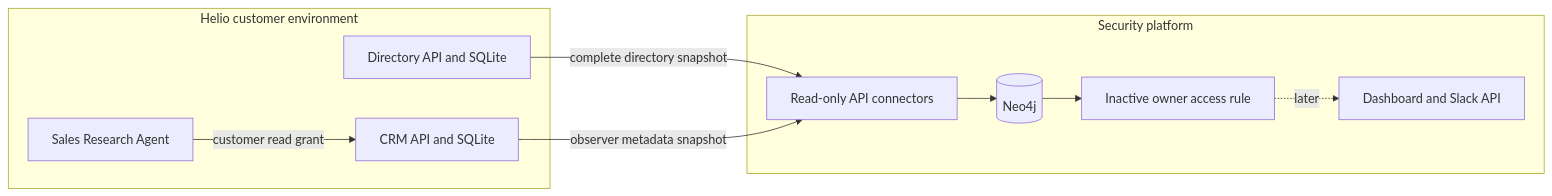
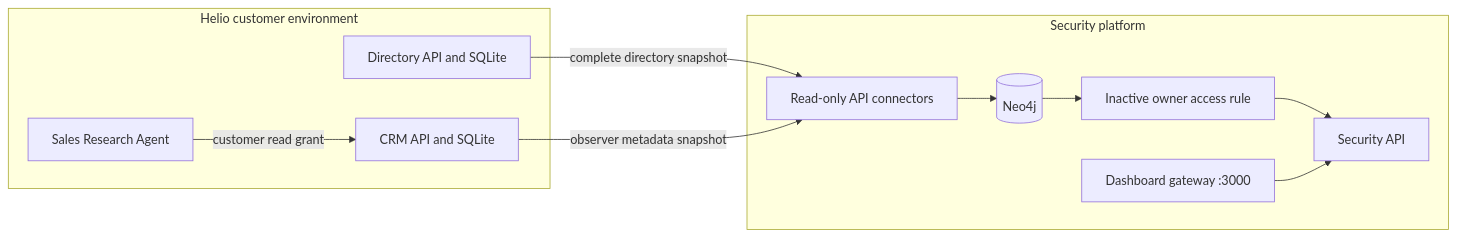
The diagram in docs/graph.md (singhdhruv2201/autonomous-security-system), drawn with Mermaid before and after one commit. The commit also changed other lines of this file and 19 other files, not shown here.

First line of the commit message:
Add live security dashboard with Neo4j graph and findings views

````diff
--- a/docs/graph.md
+++ b/docs/graph.md
@@ -9,15 +9,16 @@
 ```mermaid
 flowchart LR
     subgraph Customer[Helio customer environment]
         Directory[Directory API and SQLite]
         CRM[CRM API and SQLite]
         Agent[Sales Research Agent] -->|customer read grant| CRM
     end
     subgraph Platform[Security platform]
         Connectors[Read-only API connectors] --> Graph[(Neo4j)]
         Graph --> Rule[Inactive owner access rule]
-        Rule -. later .-> Backend[Dashboard and Slack API]
+        Rule --> Backend[Security API]
+        Dashboard[Dashboard gateway :3000] --> Backend
     end
     Directory -->|complete directory snapshot| Connectors
     CRM -->|observer metadata snapshot| Connectors
 ```
````
